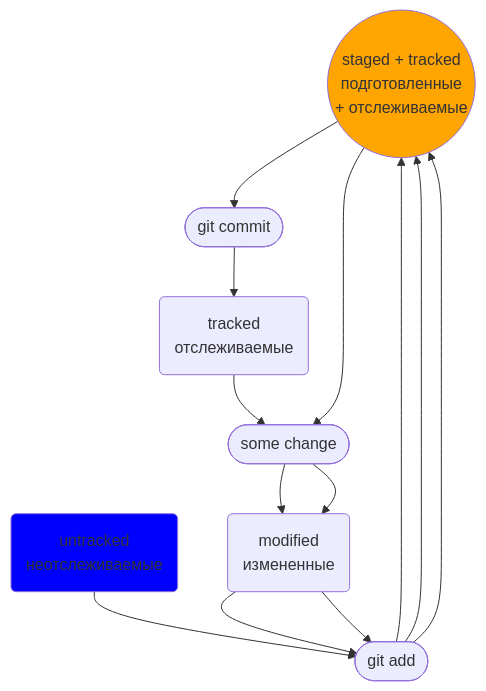
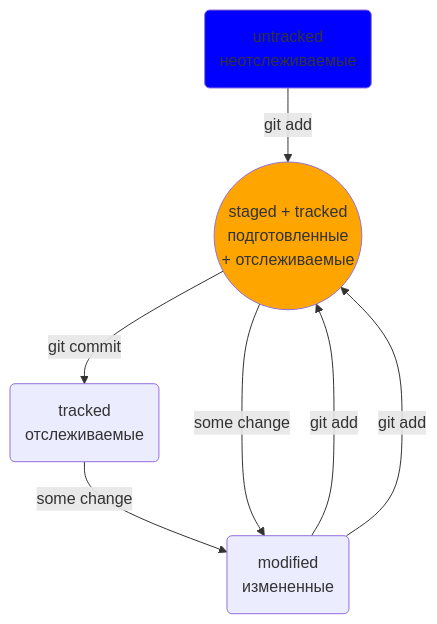
Before and after one commit to AleksandrVakarin/GitInstructionMermaid: the diagram in README.md, drawn with Mermaid.

````diff
--- a/README.md
+++ b/README.md
@@ -93,21 +93,18 @@
 ```mermaid
 flowchart TD;
 	
 	stgd((staged + tracked<br>подготовленные<br> + отслеживаемые))
 	mdf(modified<br>измененные)
 	untr(untracked<br>неотслеживаемые)
 	trcd(tracked<br>отслеживаемые)
 
-	ga([git add])
-	gc([git commit])
-	sc([some change])
 
-
-	untr--> ga -->stgd
-	mdf--> ga -->stgd--> gc -->trcd
-	trcd--> sc -->mdf--> ga --> stgd
-	stgd--> sc -->mdf
+	untr-- git add -->stgd
+	mdf-- git add -->stgd -- git commit -->trcd
+	trcd-- some change -->mdf
+	mdf-- git add --> stgd
+	stgd-- some change -->mdf
 
 	style stgd fill: orange
 	style untr fill: blue
 ```
````
